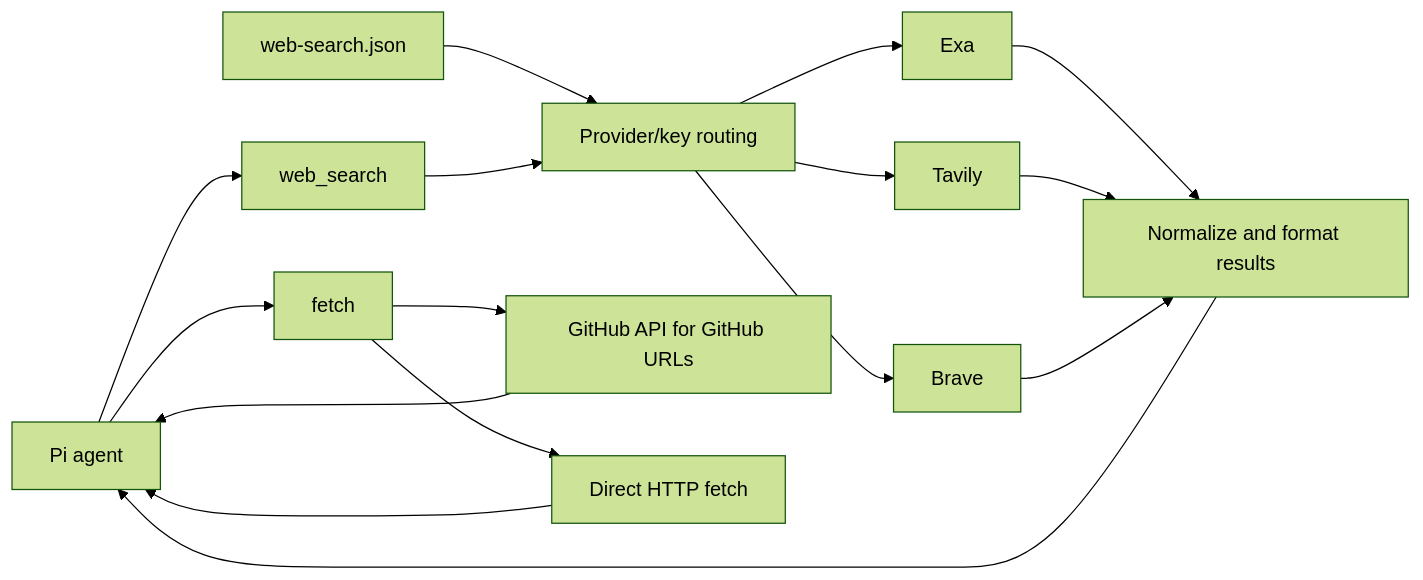
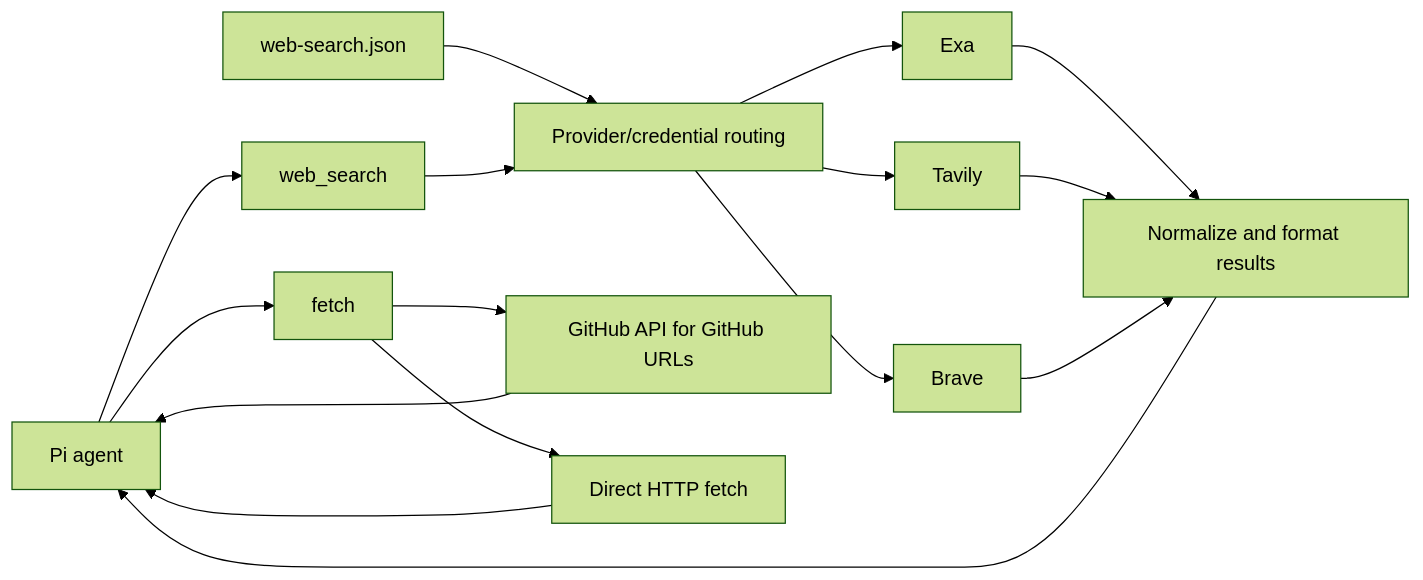
Before and after one commit to wduo87391/pi-search-control: the diagram in README.md, drawn with Mermaid (forest theme). The commit also changed other lines of this file and 9 other files, not shown here.

````diff
--- a/README.md
+++ b/README.md
@@ -12,18 +12,18 @@
 ```mermaid
 flowchart LR
     Agent[Pi agent] --> Search[web_search]
     Agent --> Fetch[fetch]
-    Config[web-search.json] --> Router[Provider/key routing]
+    Config[web-search.json] --> Router[Provider/credential routing]
     Search --> Router
     Router --> Exa[Exa]
     Router --> Tavily[Tavily]
     Router --> Brave[Brave]
     Exa --> Normalize[Normalize and format results]
     Tavily --> Normalize
     Brave --> Normalize
     Normalize --> Agent
     Fetch --> GitHub[GitHub API for GitHub URLs]
     Fetch --> HTTP[Direct HTTP fetch]
     GitHub --> Agent
     HTTP --> Agent
 ```
````
